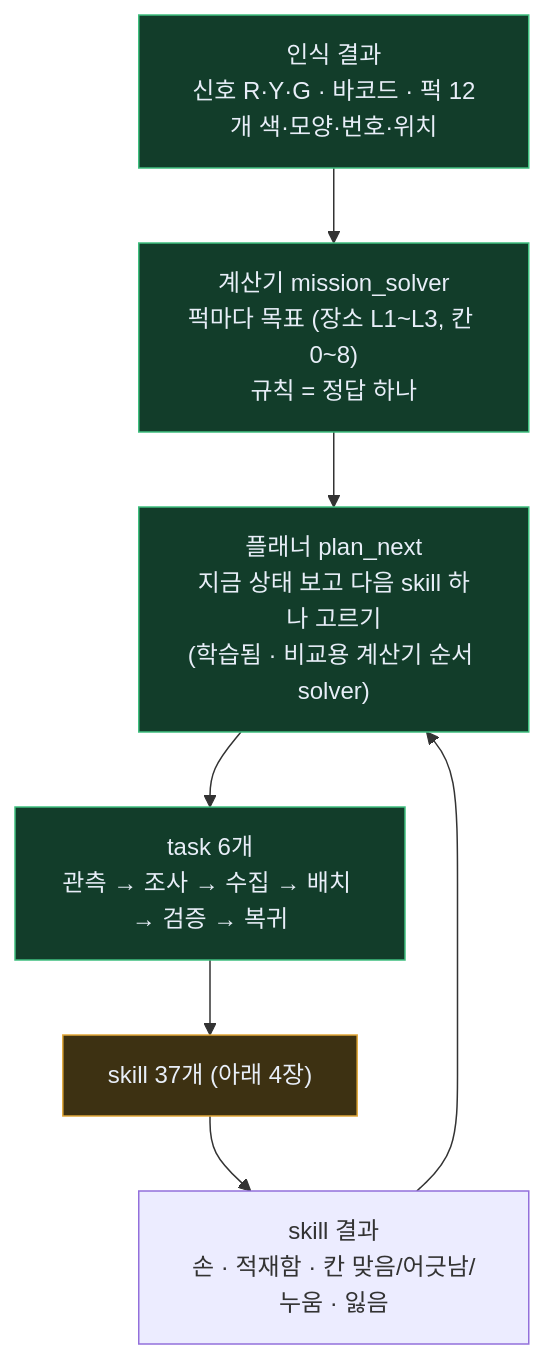
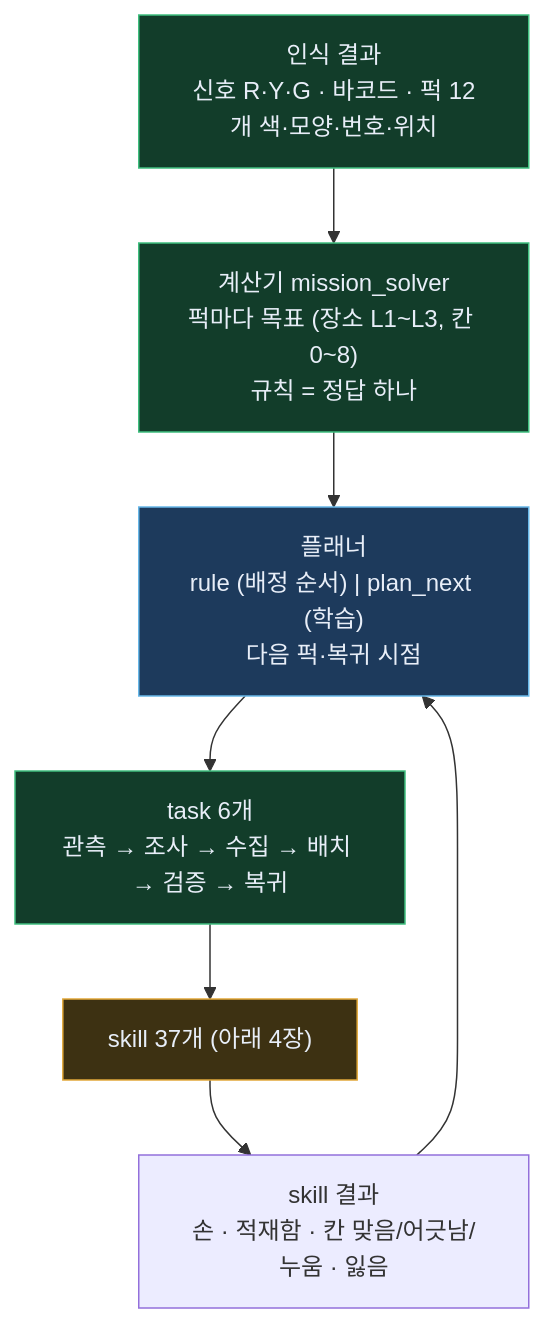
Before and after one commit to JuneKunst/JuneKunst.github.io: the second of 9 diagrams in bee/system-map.md, drawn with Mermaid. The commit also changed other lines of this file and 1 other file, not shown here.

````diff
--- a/bee/system-map.md
+++ b/bee/system-map.md
@@ -49,12 +51,13 @@
 ```mermaid
 flowchart TB
   g2_IN["인식 결과<br/>신호 R·Y·G · 바코드 · 퍽 12개 색·모양·번호·위치"]:::ok
   g2_CALC["계산기 mission_solver<br/>퍽마다 목표 (장소 L1~L3, 칸 0~8)<br/>규칙 = 정답 하나"]:::ok
-  g2_PLAN["플래너 plan_next<br/>지금 상태 보고 다음 skill 하나 고르기<br/>(학습됨 · 비교용 계산기 순서 solver)"]:::ok
+  g2_PLAN["플래너<br/>rule (배정 순서) | plan_next (학습)<br/>다음 퍽·복귀 시점"]:::code
   g2_T["task 6개<br/>관측 → 조사 → 수집 → 배치 → 검증 → 복귀"]:::ok
   g2_SK["skill 37개 (아래 4장)"]:::wip
   g2_RES["skill 결과<br/>손 · 적재함 · 칸 맞음/어긋남/누움 · 잃음"]
   g2_IN --> g2_CALC --> g2_PLAN --> g2_T --> g2_SK --> g2_RES --> g2_PLAN
   classDef ok fill:#123d2a,stroke:#3fbf7f,color:#e8eef8
+  classDef code fill:#1d3a5c,stroke:#67b7e8,color:#e8eef8
   classDef wip fill:#3d3112,stroke:#e2a83a,color:#e8eef8
 ```
````
